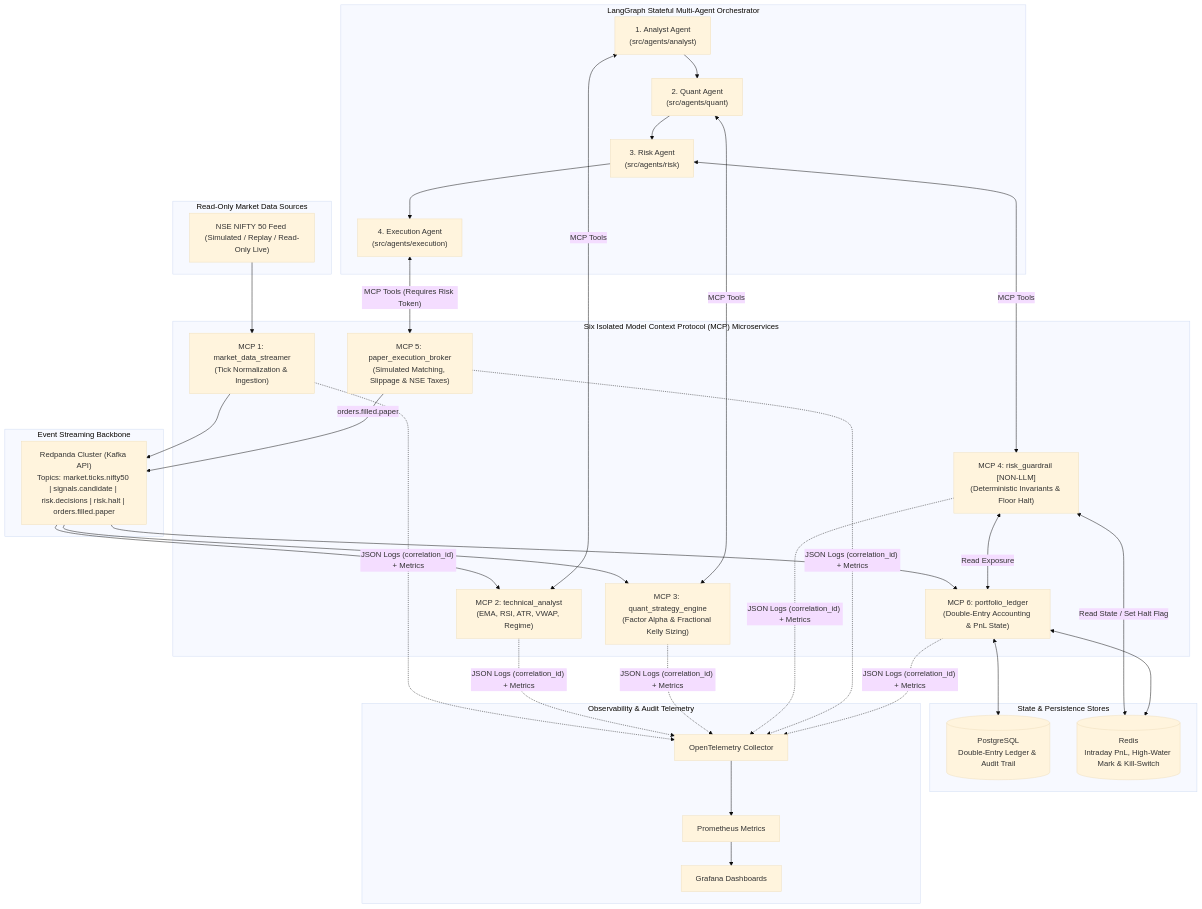
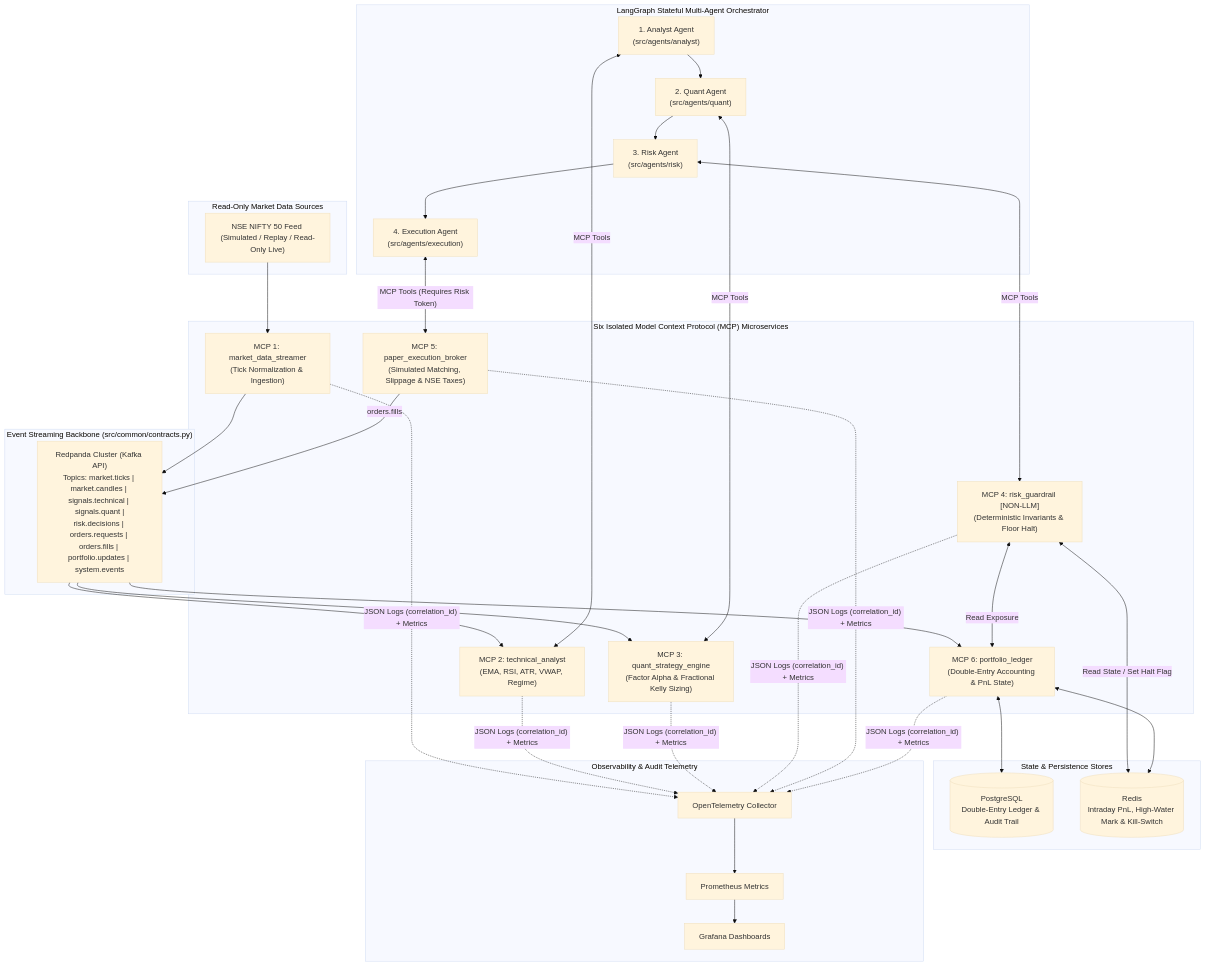
Before and after one commit to ayushkale06/AlphaTrader: the first of 5 diagrams in docs/architecture.md, drawn with Mermaid (base theme). The commit also changed other lines of this file and 5 other files, not shown here.

Commit message:
docs: add ADR-003, update architecture diagrams, README, ROADMAP, DEV_LOG, and CHANGELOG

````diff
--- a/docs/architecture.md
+++ b/docs/architecture.md
@@ -20,56 +21,56 @@
 ```mermaid
 flowchart TB
     subgraph External["Read-Only Market Data Sources"]
         NSE["NSE NIFTY 50 Feed (Simulated / Replay / Read-Only Live)"]
     end
 
-    subgraph EventBus["Event Streaming Backbone"]
-        RP["Redpanda Cluster (Kafka API)\nTopics: market.ticks.nifty50 | signals.candidate | risk.decisions | risk.halt | orders.filled.paper"]
+    subgraph EventBus["Event Streaming Backbone (src/common/contracts.py)"]
+        RP["Redpanda Cluster (Kafka API)\nTopics: market.ticks | market.candles | signals.technical | signals.quant |\nrisk.decisions | orders.requests | orders.fills | portfolio.updates | system.events"]
     end
 
     subgraph MCPPlane["Six Isolated Model Context Protocol (MCP) Microservices"]
         MCP1["MCP 1: market_data_streamer\n(Tick Normalization & Ingestion)"]
         MCP2["MCP 2: technical_analyst\n(EMA, RSI, ATR, VWAP, Regime)"]
         MCP3["MCP 3: quant_strategy_engine\n(Factor Alpha & Fractional Kelly Sizing)"]
         MCP4["MCP 4: risk_guardrail [NON-LLM]\n(Deterministic Invariants & Floor Halt)"]
         MCP5["MCP 5: paper_execution_broker\n(Simulated Matching, Slippage & NSE Taxes)"]
         MCP6["MCP 6: portfolio_ledger\n(Double-Entry Accounting & PnL State)"]
     end
 
     subgraph AgentPlane["LangGraph Stateful Multi-Agent Orchestrator"]
         A1["1. Analyst Agent\n(src/agents/analyst)"]
         A2["2. Quant Agent\n(src/agents/quant)"]
         A3["3. Risk Agent\n(src/agents/risk)"]
         A4["4. Execution Agent\n(src/agents/execution)"]
         A1 --> A2 --> A3 --> A4
     end
 
     subgraph DataPlane["State & Persistence Stores"]
         PG[("PostgreSQL\nDouble-Entry Ledger & Audit Trail")]
         RD[("Redis\nIntraday PnL, High-Water Mark & Kill-Switch")]
     end
 
     subgraph ObsPlane["Observability & Audit Telemetry"]
         OTEL["OpenTelemetry Collector"]
         PROM["Prometheus Metrics"]
         GRAF["Grafana Dashboards"]
         OTEL --> PROM --> GRAF
     end
 
     NSE --> MCP1
     MCP1 --> RP
     RP --> MCP2 & MCP3 & MCP6
 
     A1 <-->|"MCP Tools"| MCP2
     A2 <-->|"MCP Tools"| MCP3
     A3 <-->|"MCP Tools"| MCP4
     A4 <-->|"MCP Tools (Requires Risk Token)"| MCP5
 
     MCP4 <-->|"Read State / Set Halt Flag"| RD
     MCP4 <-->|"Read Exposure"| MCP6
-    MCP5 -->|"orders.filled.paper"| RP
+    MCP5 -->|"orders.fills"| RP
     MCP6 <--> PG
     MCP6 <--> RD
 
     MCP1 & MCP2 & MCP3 & MCP4 & MCP5 & MCP6 -.->|"JSON Logs (correlation_id) + Metrics"| OTEL
 ```
````
